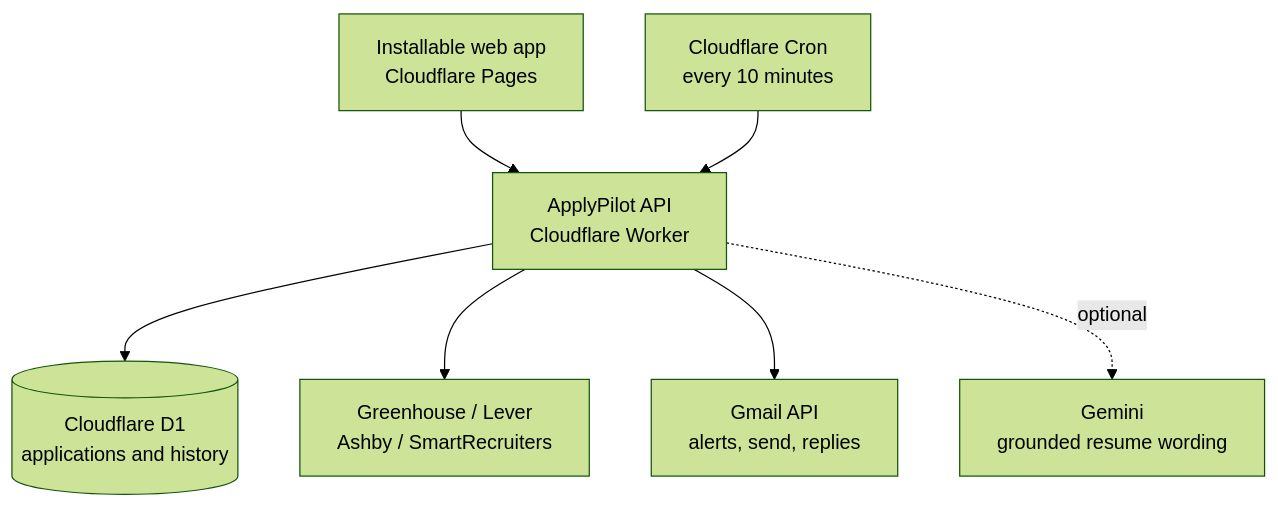
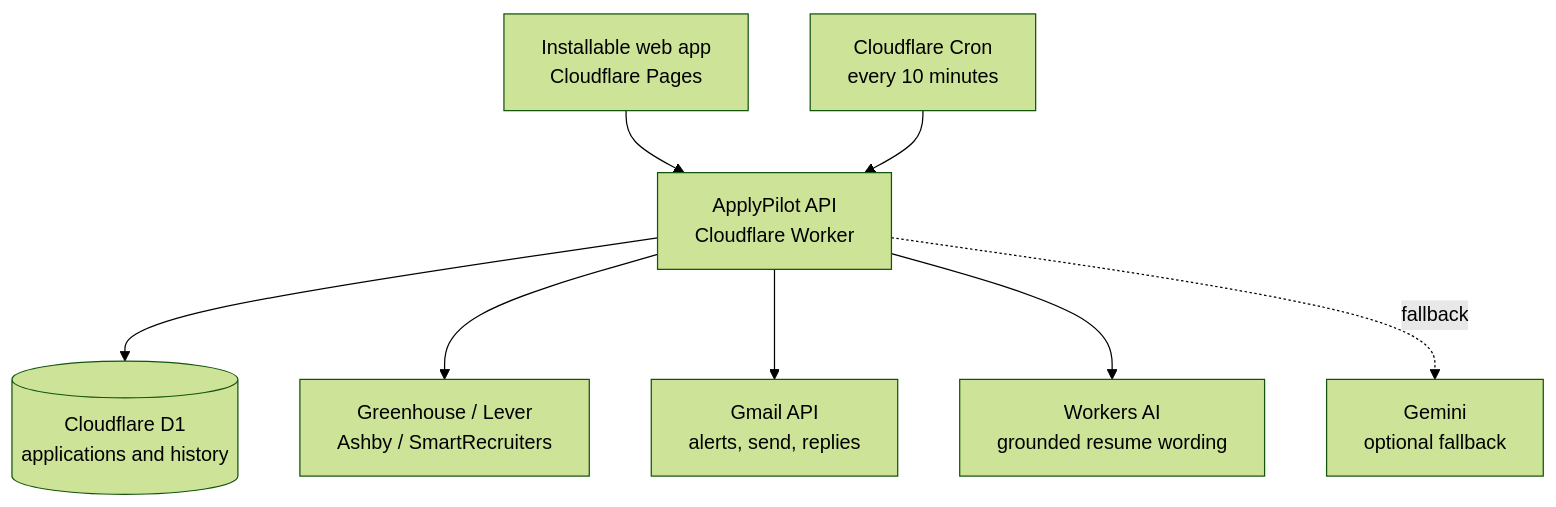
One commit to rizz1406/apply-pilot changed the second of 2 diagrams in README.md. Above: the diagram before and after it, drawn with Mermaid (forest theme). The commit also changed other lines of this file and 51 other files, not shown here.

````diff
--- a/README.md
+++ b/README.md
@@ -67,9 +67,10 @@
 ```mermaid
 flowchart TB
     UI[Installable web app<br/>Cloudflare Pages] --> API[ApplyPilot API<br/>Cloudflare Worker]
     API --> DB[(Cloudflare D1<br/>applications and history)]
     API --> ATS[Greenhouse / Lever<br/>Ashby / SmartRecruiters]
     API --> GMAIL[Gmail API<br/>alerts, send, replies]
-    API -. optional .-> AI[Gemini<br/>grounded resume wording]
+    API --> AI[Workers AI<br/>grounded resume wording]
+    API -. fallback .-> GEMINI[Gemini<br/>optional fallback]
     CRON[Cloudflare Cron<br/>every 10 minutes] --> API
 ```
````
